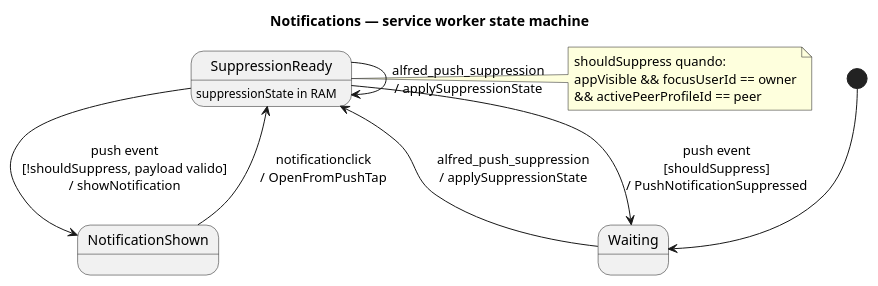
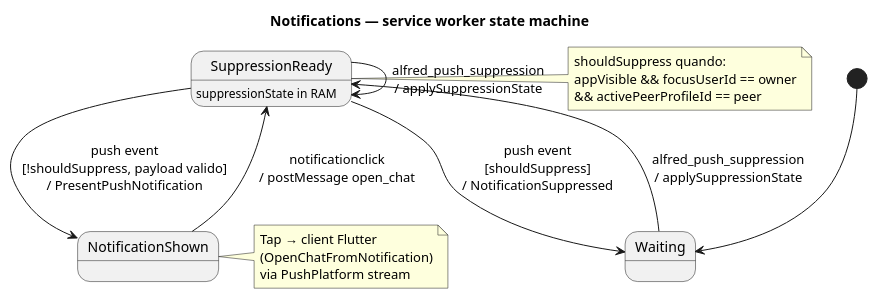
Before and after one commit to alfred-im/alfred-im: the diagram in docs/model/uml/notifications/notifications-sw-state.puml, drawn with PlantUML. The commit also changed 97 other files, not shown here.

```diff
--- a/docs/model/uml/notifications/notifications-sw-state.puml
+++ b/docs/model/uml/notifications/notifications-sw-state.puml
@@ -1,30 +1,37 @@
 @startuml notifications-sw-state
 ' Context: notifications (service worker)
 ' Contract: docs/specs/contracts/push-payload.md
 ' SDD: SURF-NOTIFICATIONS-005–008
-' Revision: 2026-07-18
+' Revision: 2026-07-27
 
 title Notifications — service worker state machine
 
 state Waiting
 state SuppressionReady : suppressionState in RAM
 state NotificationShown
 
 [*] --> Waiting
 
 Waiting --> SuppressionReady : alfred_push_suppression\n/ applySuppressionState
 
 SuppressionReady --> SuppressionReady : alfred_push_suppression\n/ applySuppressionState
 
-SuppressionReady --> Waiting : push event\n[shouldSuppress]\n/ PushNotificationSuppressed
-SuppressionReady --> NotificationShown : push event\n[!shouldSuppress, payload valido]\n/ showNotification
+SuppressionReady --> Waiting : push event\n[shouldSuppress]\n/ NotificationSuppressed
 
-NotificationShown --> SuppressionReady : notificationclick\n/ OpenFromPushTap
+SuppressionReady --> NotificationShown : push event\n[!shouldSuppress, payload valido]\n/ PresentPushNotification
+
+NotificationShown --> SuppressionReady : notificationclick\n/ postMessage open_chat
 
 note right of SuppressionReady
   shouldSuppress quando:
   appVisible && focusUserId == owner
   && activePeerProfileId == peer
 end note
 
+note right of NotificationShown
+  Tap → client Flutter
+  (OpenChatFromNotification)
+  via PushPlatform stream
+end note
+
 @enduml
```
